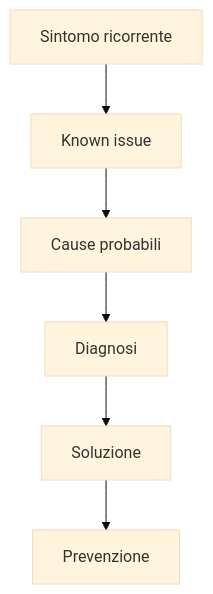
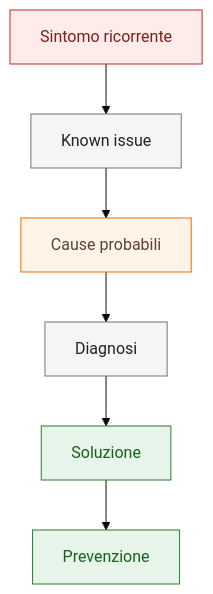
Before and after one commit to robertochello/spac-start-knowledge-base: the diagram in docs/known-issues/index.md, drawn with Mermaid (base theme). The commit also changed 27 other files, not shown here.

Commit message:
docs: standardize diagrams and visual cues

````diff
--- a/docs/known-issues/index.md
+++ b/docs/known-issues/index.md
@@ -22,8 +22,13 @@
 ```mermaid
 flowchart TD
-    A[Sintomo ricorrente] --> B[Known issue]
-    B --> C[Cause probabili]
-    C --> D[Diagnosi]
-    D --> E[Soluzione]
-    E --> F[Prevenzione]
+    A[Sintomo ricorrente]:::danger --> B[Known issue]:::process
+    B --> C[Cause probabili]:::warn
+    C --> D[Diagnosi]:::process
+    D --> E[Soluzione]:::ok
+    E --> F[Prevenzione]:::ok
+
+    classDef ok fill:#e6f4ea,stroke:#2e7d32,color:#1b5e20;
+    classDef warn fill:#fff4e5,stroke:#ef6c00,color:#5d4037;
+    classDef danger fill:#fdecea,stroke:#c62828,color:#7f1d1d;
+    classDef process fill:#f5f5f5,stroke:#757575,color:#212121;
 ```
````
